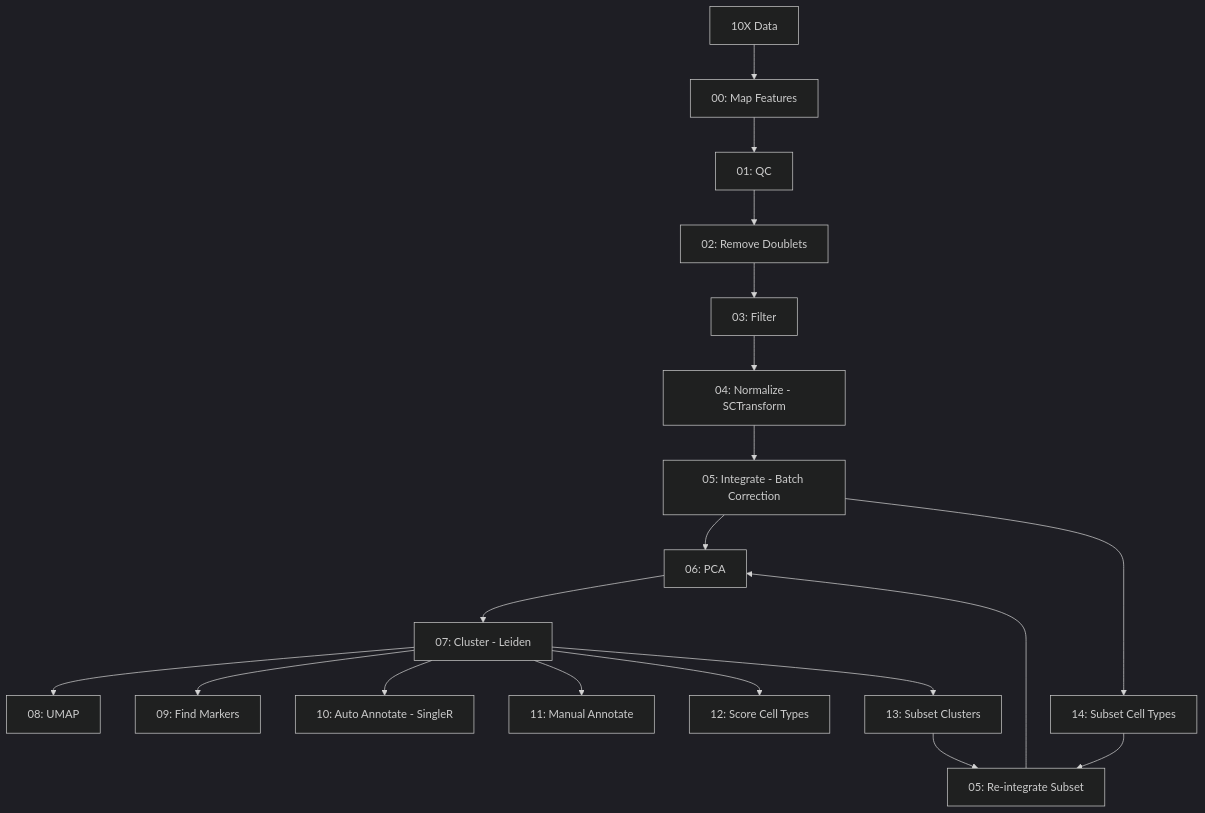
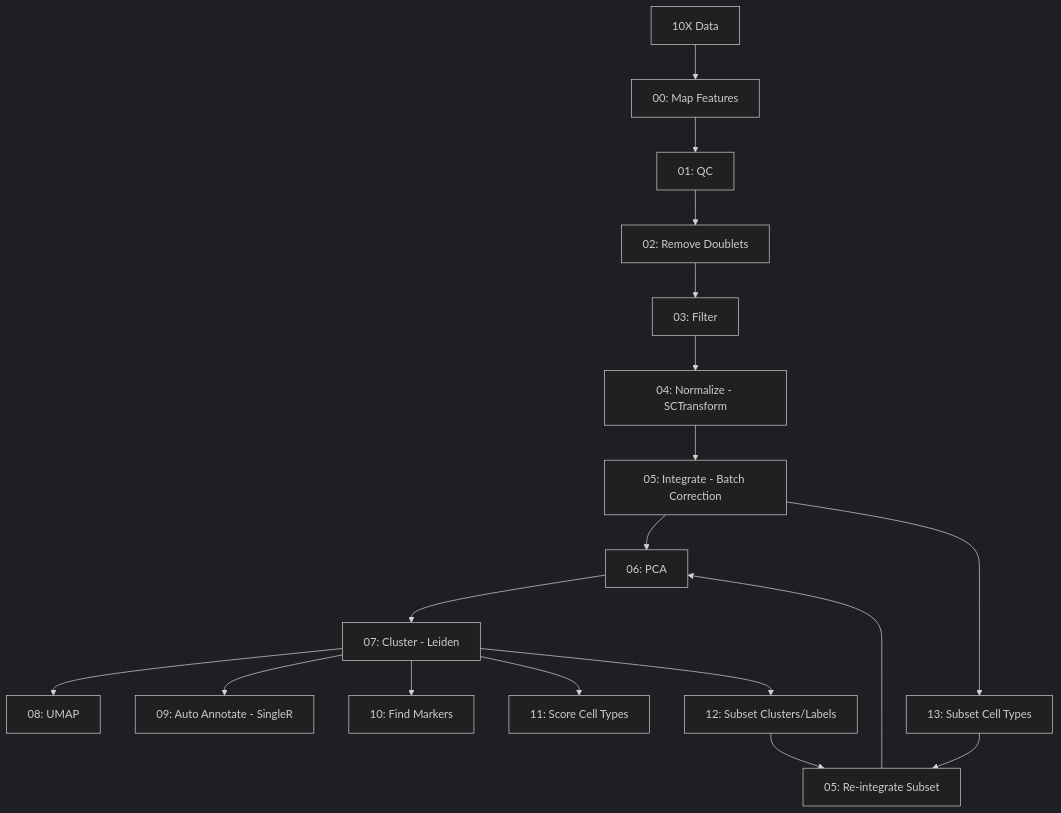
Before and after one commit to ehda-dolatabadi/BINF7700_Capstone: the diagram in scripts/seurat/README.md, drawn with Mermaid (dark theme). The commit also changed other lines of this file and 22 other files, not shown here.

````diff
--- a/scripts/seurat/README.md
+++ b/scripts/seurat/README.md
@@ -142,21 +145,20 @@
 ```mermaid
 graph TD
     A[10X Data] --> B[00: Map Features]
     B --> C[01: QC]
     C --> D[02: Remove Doublets]
     D --> E[03: Filter]
     E --> F[04: Normalize - SCTransform]
     F --> G[05: Integrate - Batch Correction]
     G --> H[06: PCA]
     H --> I[07: Cluster - Leiden]
     I --> J[08: UMAP]
-    I --> K[09: Find Markers]
-    I --> L[10: Auto Annotate - SingleR]
-    I --> M[11: Manual Annotate]
-    I --> N[12: Score Cell Types]
-    I --> O[13: Subset Clusters]
-    G --> P[14: Subset Cell Types]
-    O --> Q[05: Re-integrate Subset]
-    P --> Q
-    Q --> H
+    I --> K[09: Auto Annotate - SingleR]
+    I --> L[10: Find Markers]
+    I --> M[11: Score Cell Types]
+    I --> N[12: Subset Clusters/Labels]
+    G --> O[13: Subset Cell Types]
+    N --> P[05: Re-integrate Subset]
+    O --> P
+    P --> H
 ```
````
